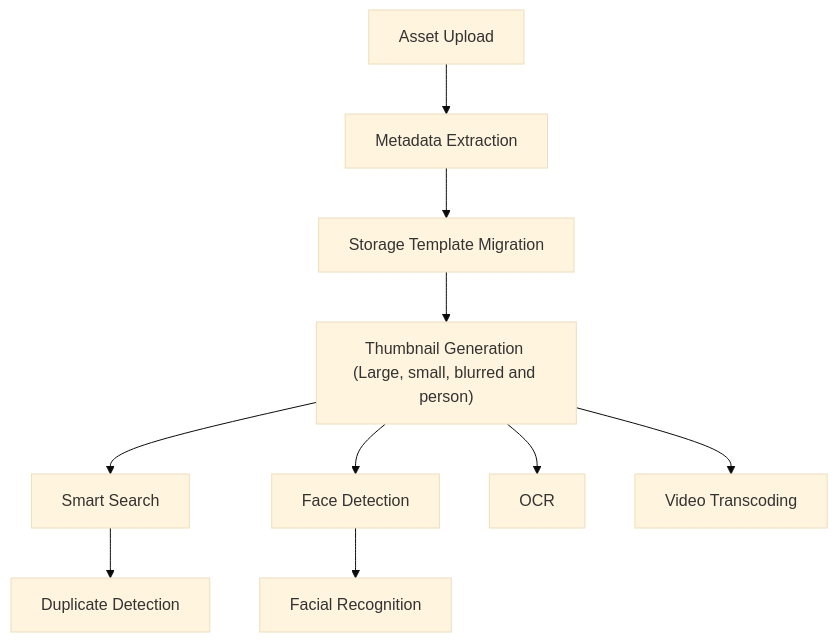
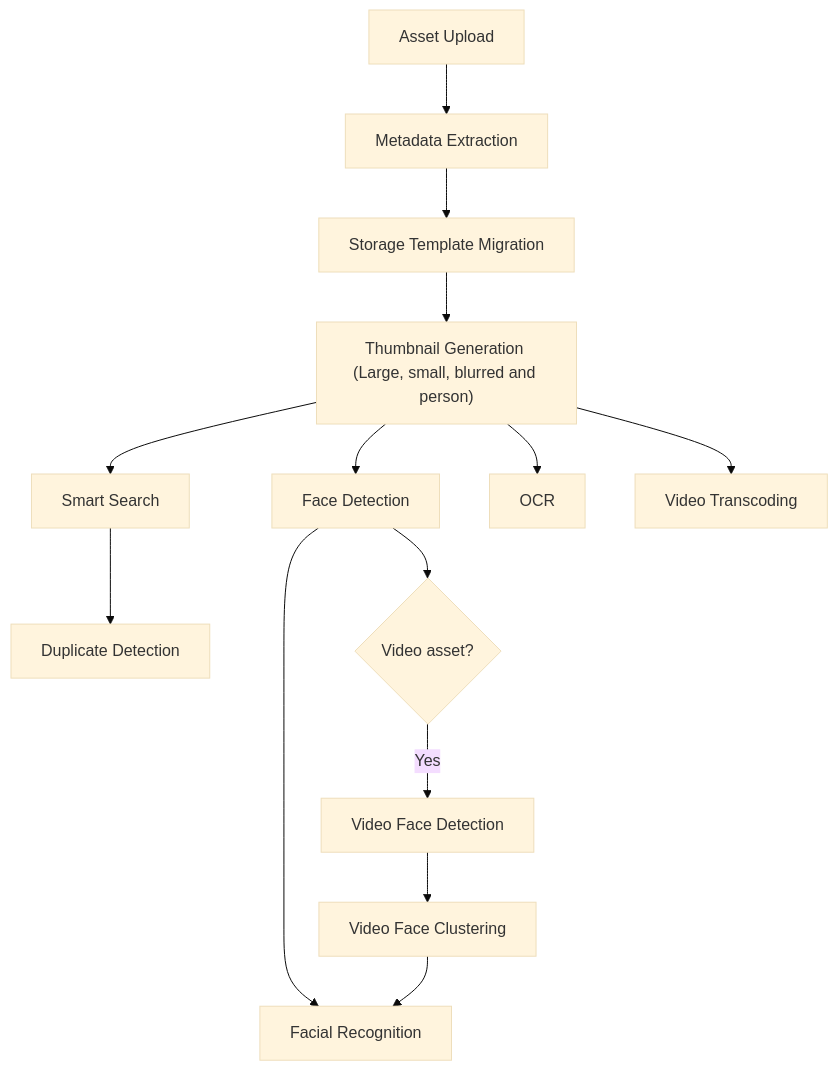
Before and after one commit to tnsepwall/immich_share: the diagram in docs/docs/administration/jobs-workers.md, drawn with Mermaid (base theme). The commit also changed other lines of this file and 61 other files, not shown here.

First line of the commit message:
feat: video face recognition (vendored from IAfanasov/immich)

````diff
--- a/docs/docs/administration/jobs-workers.md
+++ b/docs/docs/administration/jobs-workers.md
@@ -63,12 +63,16 @@
 ```mermaid
 graph TD
     A[Asset Upload] --> B[Metadata Extraction]
     B --> C[Storage Template Migration]
     C --> D["Thumbnail Generation (Large, small, blurred and person)"]
     D --> E[Smart Search]
     D --> F[Face Detection]
     D --> G[OCR]
     D --> H[Video Transcoding]
     E --> I[Duplicate Detection]
     F --> J[Facial Recognition]
+    F --> K{Video asset?}
+    K -->|Yes| L[Video Face Detection]
+    L --> M[Video Face Clustering]
+    M --> J
 ```
````
